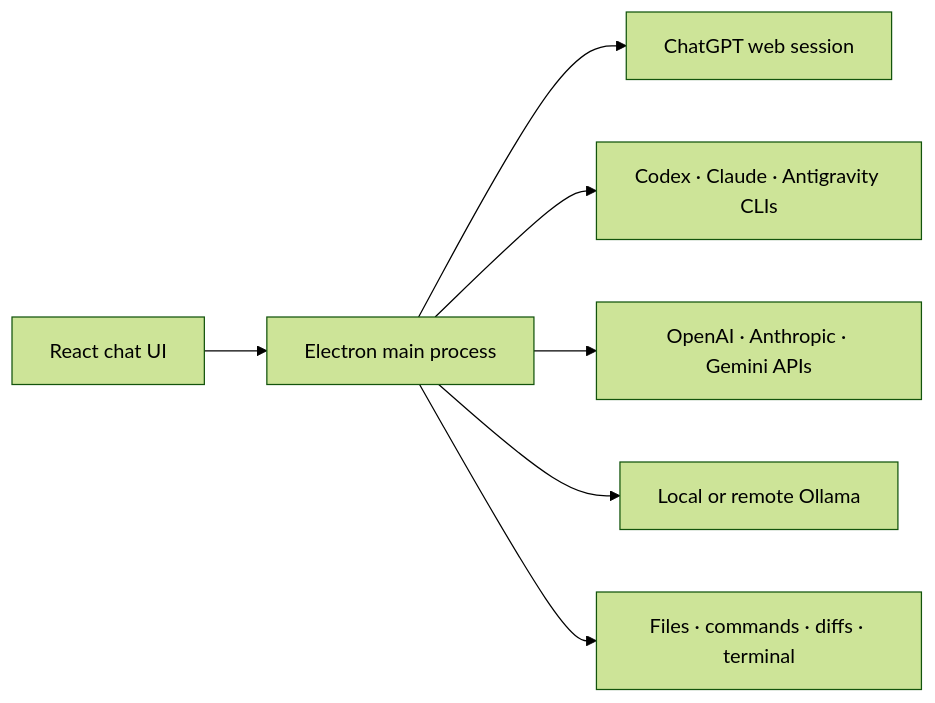
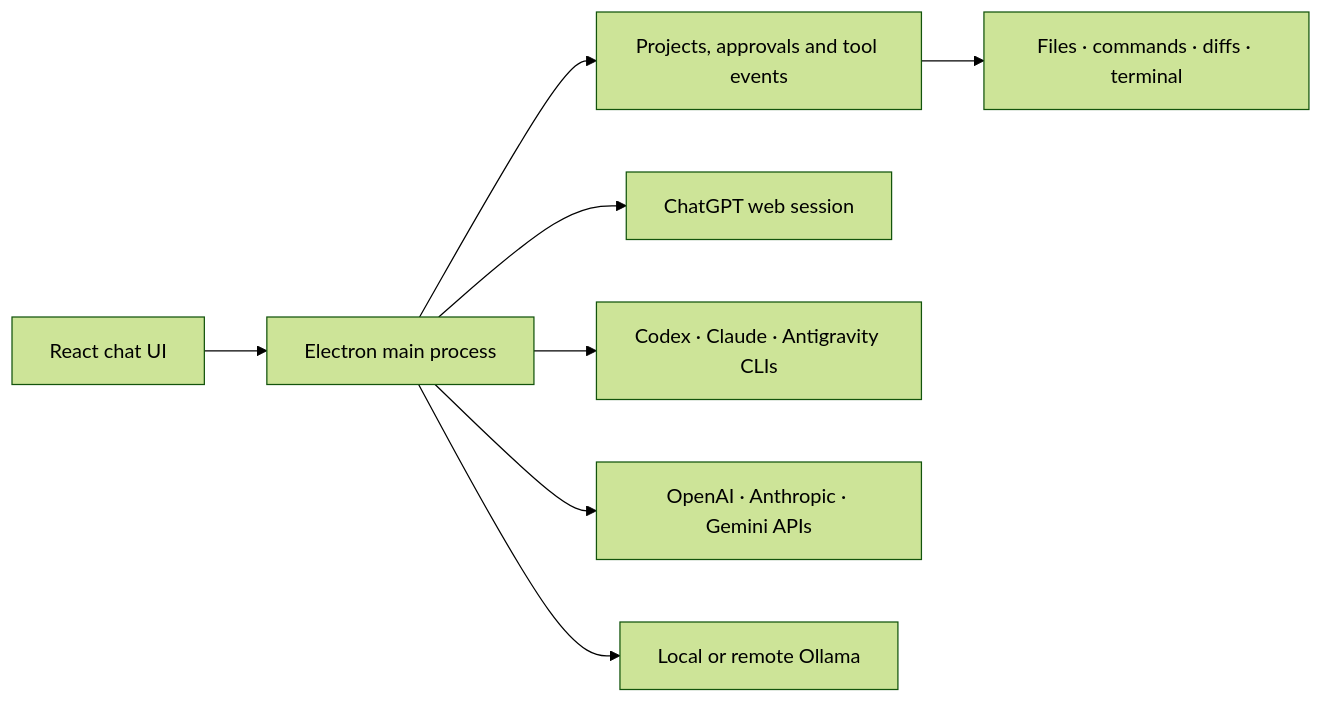
One commit to JustMLC4real/LLMelt changed the diagram in README.md. Above: the diagram before and after it, drawn with Mermaid (forest theme). The commit also changed other lines of this file, not shown here.

````diff
--- a/README.md
+++ b/README.md
@@ -100,9 +119,10 @@
 ```mermaid
 flowchart LR
     UI["React chat UI"] --> Main["Electron main process"]
+    Main --> Policy["Projects, approvals and tool events"]
     Main --> Web["ChatGPT web session"]
     Main --> CLI["Codex · Claude · Antigravity CLIs"]
     Main --> API["OpenAI · Anthropic · Gemini APIs"]
     Main --> Local["Local or remote Ollama"]
-    Main --> Tools["Files · commands · diffs · terminal"]
+    Policy --> Files["Files · commands · diffs · terminal"]
 ```
````
